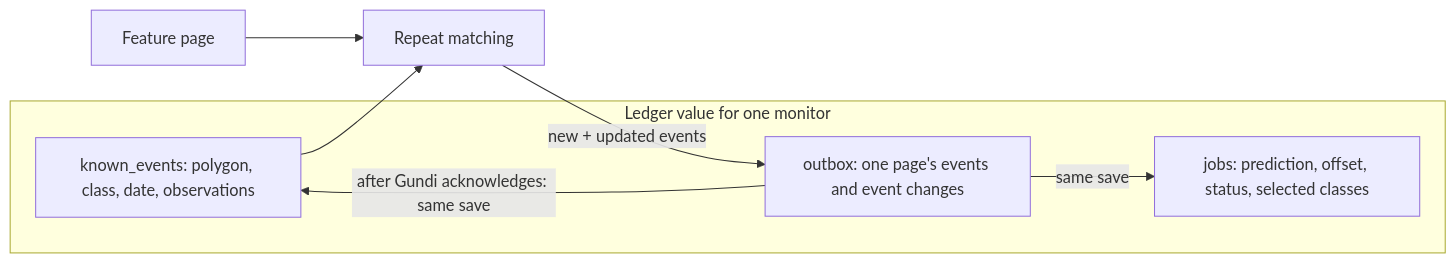
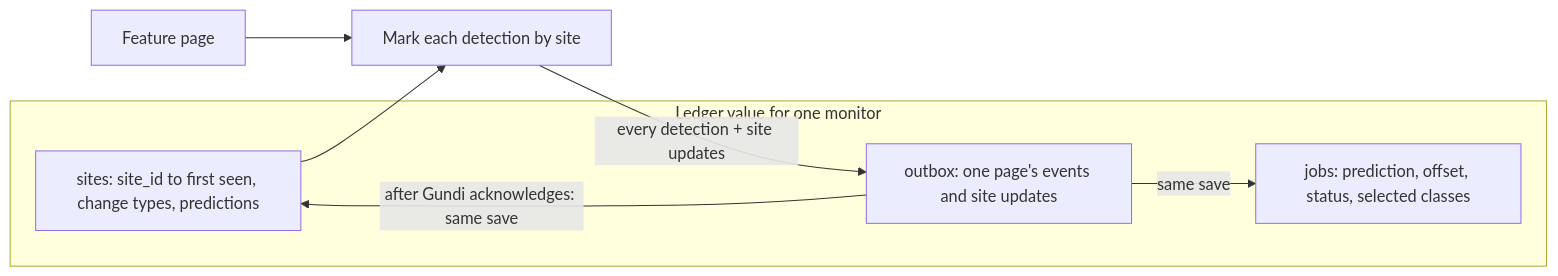
Before and after one commit to PADAS/gundi-integration-olmoearth: the second of 3 diagrams in docs/gundi-earthranger-workflow.md, drawn with Mermaid. The commit also changed other lines of this file and 5 other files, not shown here.

First line of the commit message:
Alert on every detection and mark repeats by site

````diff
--- a/docs/gundi-earthranger-workflow.md
+++ b/docs/gundi-earthranger-workflow.md
@@ -66,13 +66,13 @@
 ```mermaid
 flowchart LR
     subgraph Ledger["Ledger value for one monitor"]
         Jobs["jobs: prediction, offset, status, selected classes"]
-        Known["known_events: polygon, class, date, observations"]
-        Outbox["outbox: one page's events and event changes"]
+        Sites["sites: site_id to first seen, change types, predictions"]
+        Outbox["outbox: one page's events and site updates"]
     end
-    Page[Feature page] --> Match[Repeat matching]
-    Known --> Match
-    Match -->|new + updated events| Outbox
-    Outbox -->|after Gundi acknowledges: same save| Known
+    Page[Feature page] --> Mark[Mark each detection by site]
+    Sites --> Mark
+    Mark -->|every detection + site updates| Outbox
+    Outbox -->|after Gundi acknowledges: same save| Sites
     Outbox -->|same save| Jobs
 ```
````
